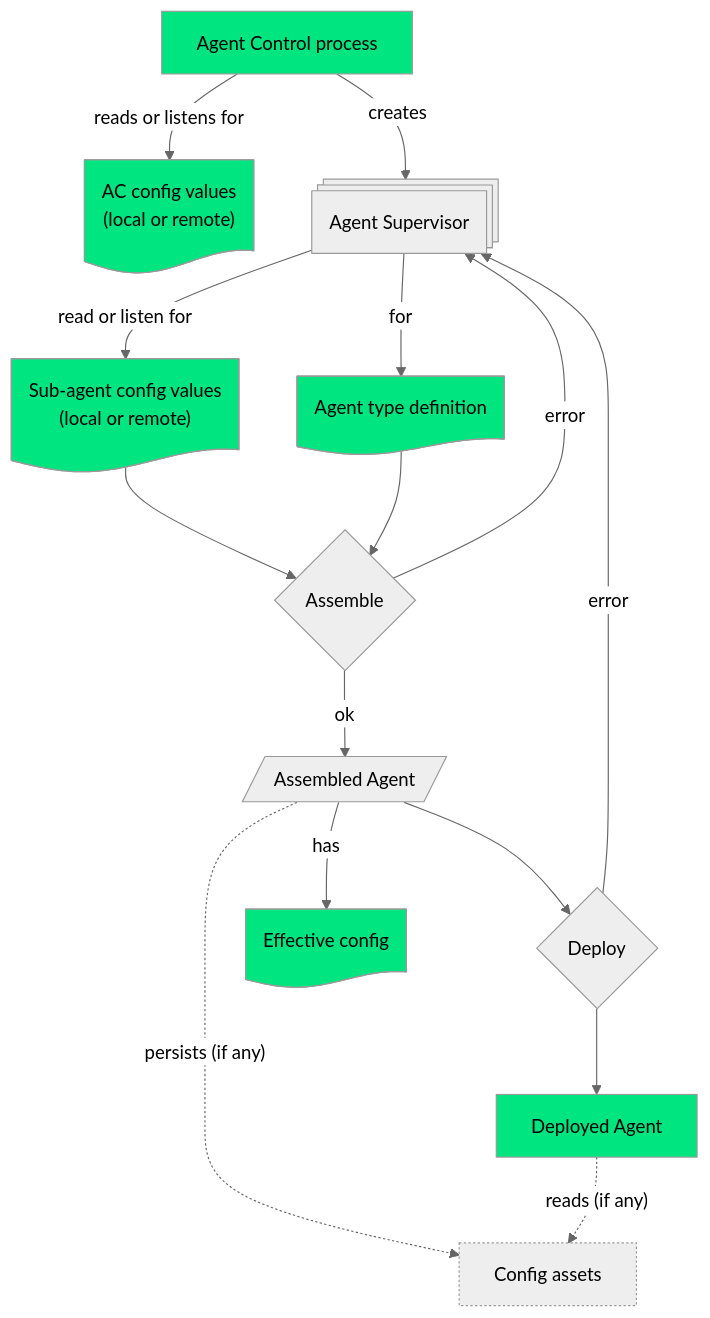
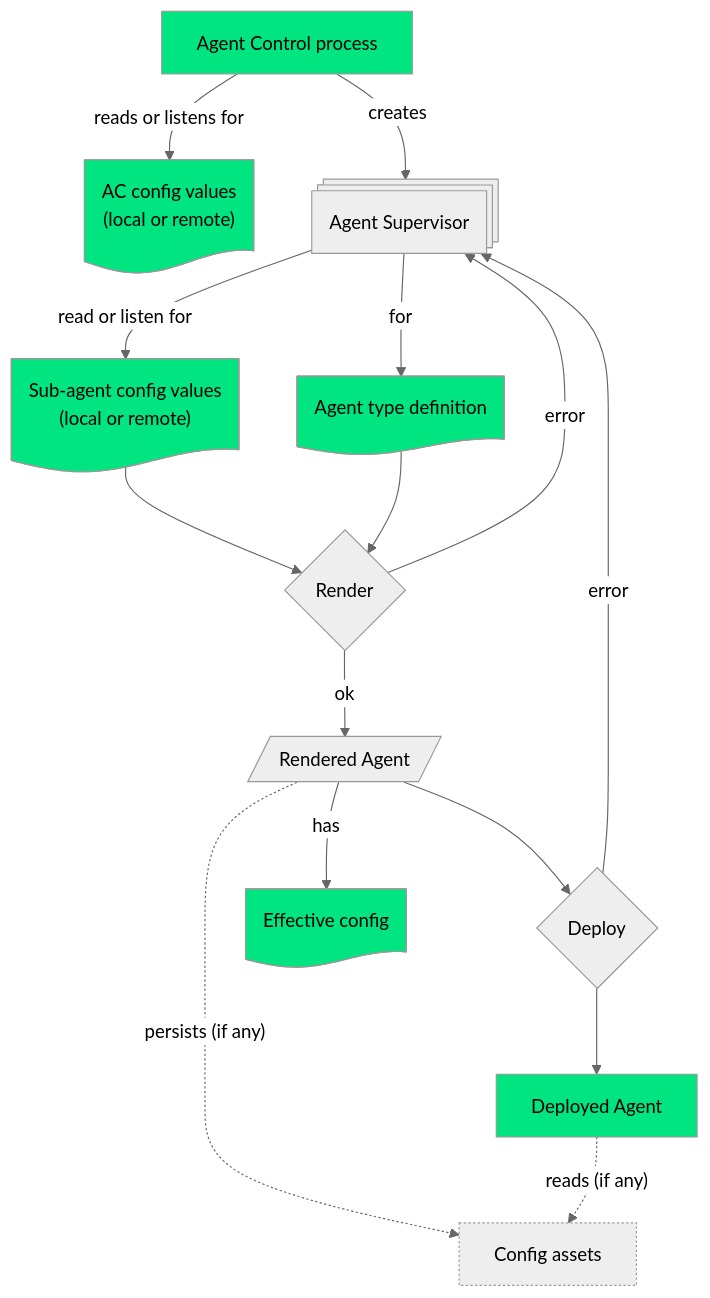
The first of 2 diagrams in docs/INTEGRATING_AGENTS.md (newrelic/newrelic-agent-control), drawn with Mermaid before and after one commit. The commit also changed other lines of this file and 7 other files, not shown here.

````diff
--- a/docs/INTEGRATING_AGENTS.md
+++ b/docs/INTEGRATING_AGENTS.md
@@ -896,42 +896,42 @@
 ```mermaid
 %%{ init: { 'theme': 'neutral' }}%%
 flowchart TB
     classDef central fill:#00E580;
     classDef optional stroke-dasharray: 2 2
 
     AC@{ label: Agent Control process }
     ACC@{ shape: doc, label: "AC config values
       (local or remote)"}
     S@{ shape: procs, label: Agent Supervisor }
     C@{ shape: doc, label: "Sub-agent config values
       (local or remote)"}
     T@{ shape: doc, label: Agent type definition}
-    A@{ shape: diamond, label: Assemble }
-    G@{ shape: lean-r, label: Assembled Agent }
+    A@{ shape: diamond, label: Render }
+    G@{ shape: lean-r, label: Rendered Agent }
     P@{ label: Config assets }
     D@{ shape: diamond, label: Deploy }
     DA@{ label: Deployed Agent }
     F@{ shape: doc, label: Effective config }
 
     AC -->|reads or listens for| ACC
     AC -->|creates| S
     S -->|read or listen for| C
     S -->|for| T
     C & T --> A
     A -->|ok| G
     G -.->|"persists (if any)"| P
     G --> D
     G -->|has| F
     DA -.->|"reads (if any)"| P
     A & D -->|error| S
     D --> DA
 
     class AC central
     class C central
     class ACC central
     class T central
     class DA central
     class F central
 
     class P optional
 ```
````
